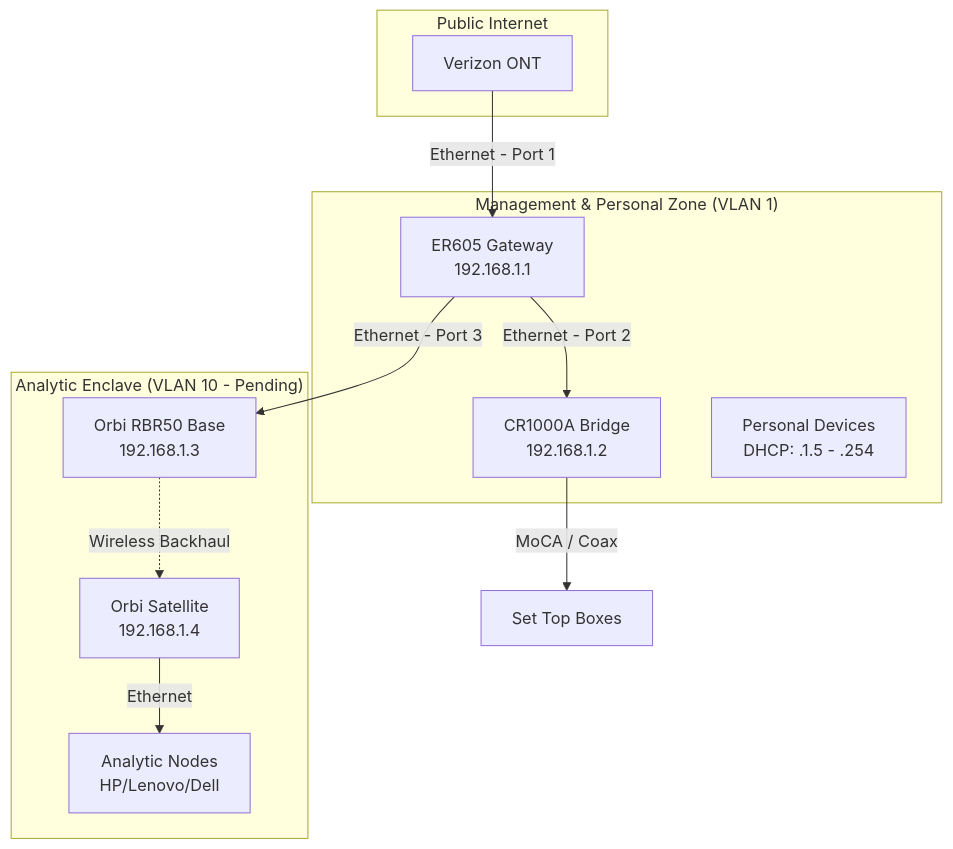
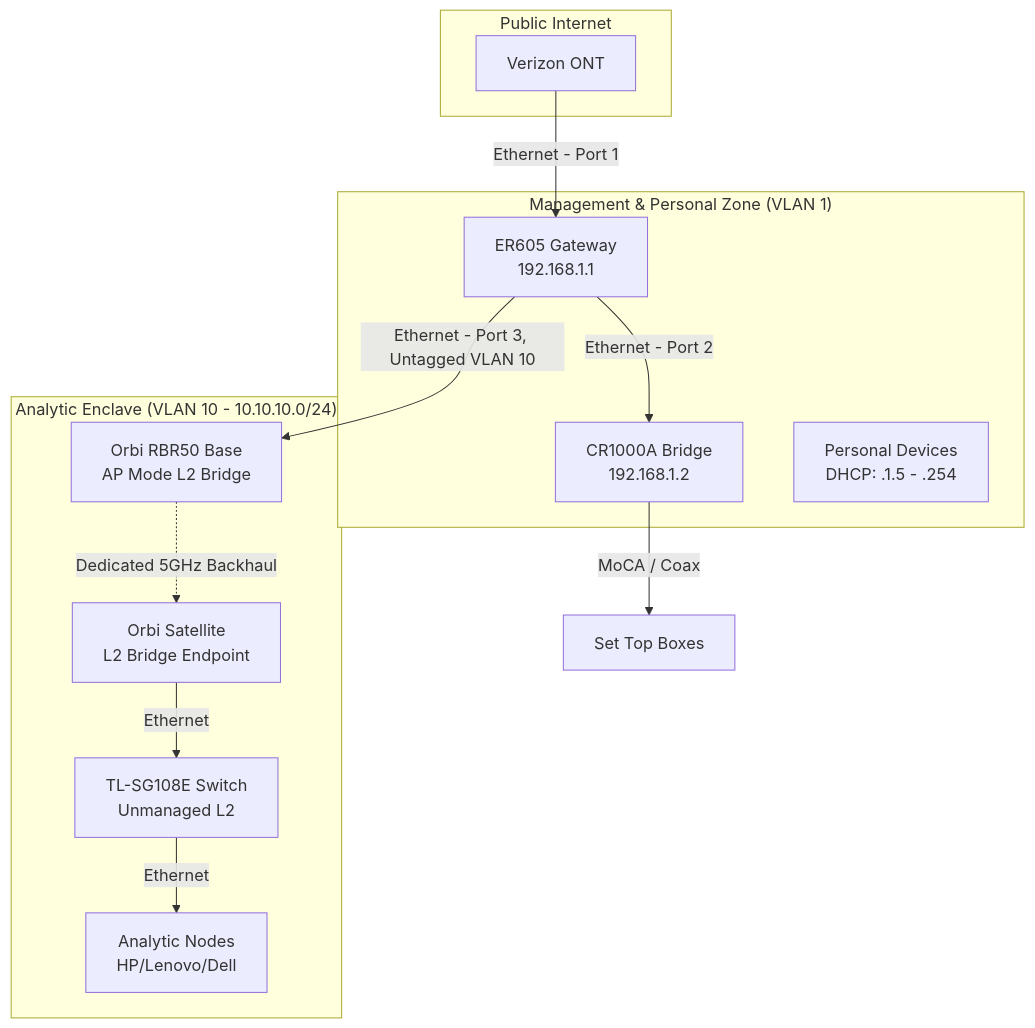
One commit to nkester/Homelab changed the diagram in docs/architecture/01-physical-network.md. Above: the diagram before and after it, drawn with Mermaid. The commit also changed other lines of this file, not shown here.

````diff
--- a/docs/architecture/01-physical-network.md
+++ b/docs/architecture/01-physical-network.md
@@ -13,27 +11,27 @@
 ```mermaid
 graph TD
     subgraph "Public Internet"
         ONT[Verizon ONT]
     end
 
     subgraph "Management & Personal Zone (VLAN 1)"
         ER605[ER605 Gateway <br/> 192.168.1.1]
         CR1000A[CR1000A Bridge <br/> 192.168.1.2]
         PersonalWiFi[Personal Devices <br/> DHCP: .1.5 - .254]
     end
 
-    subgraph "Analytic Enclave (VLAN 10 - Pending)"
-        RBR50[Orbi RBR50 Base <br/> 192.168.1.3]
-        Satellite[Orbi Satellite <br/> 192.168.1.4]
+    subgraph "Analytic Enclave (VLAN 10 - 10.10.10.0/24)"
+        RBR50[Orbi RBR50 Base <br/> AP Mode L2 Bridge]
+        Satellite[Orbi Satellite <br/> L2 Bridge Endpoint]
+        Switch[TL-SG108E Switch <br/> Unmanaged L2]
         Nodes[Analytic Nodes <br/> HP/Lenovo/Dell]
     end
 
     ONT -->|Ethernet - Port 1| ER605
     ER605 -->|Ethernet - Port 2| CR1000A
-    ER605 -->|Ethernet - Port 3| RBR50
+    ER605 -->|Ethernet - Port 3, Untagged VLAN 10| RBR50
     CR1000A -->|MoCA / Coax| TV[Set Top Boxes]
-    RBR50 -.->|Wireless Backhaul| Satellite
-    Satellite -->|Ethernet| Nodes
-
-
-```  
+    RBR50 -.->|Dedicated 5GHz Backhaul| Satellite
+    Satellite -->|Ethernet| Switch
+    Switch -->|Ethernet| Nodes
+```
````
